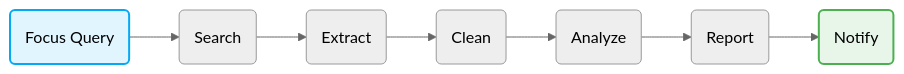
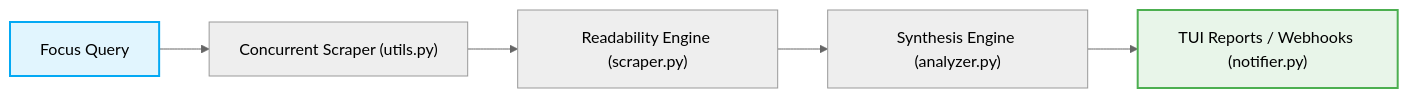
Before and after one commit to techno-neighbour/focal-harvest: the first of 2 diagrams in README.md, drawn with Mermaid (neutral theme). The commit also changed other lines of this file and 13 other files, not shown here.

````diff
--- a/README.md
+++ b/README.md
@@ -34,13 +78,10 @@
 ```mermaid
 graph LR
-    A(Focus Query) --> B(Search)
-    B --> C(Extract)
-    C --> D(Clean)
-    D --> E(Analyze)
-    E --> F(Report)
-    F --> G(Notify)
+    A["Focus Query"] --> B["Concurrent Scraper (utils.py)"]
+    B --> C["Readability Engine (scraper.py)"]
+    C --> D["Synthesis Engine (analyzer.py)"]
+    D --> E["TUI Reports / Webhooks (notifier.py)"]
     
     style A fill:#e1f5fe,stroke:#03a9f4,stroke-width:2px,color:#000000
-    style G fill:#e8f5e9,stroke:#4caf50,stroke-width:2px,color:#000000
-
+    style E fill:#e8f5e9,stroke:#4caf50,stroke-width:2px,color:#000000
 ```
````
